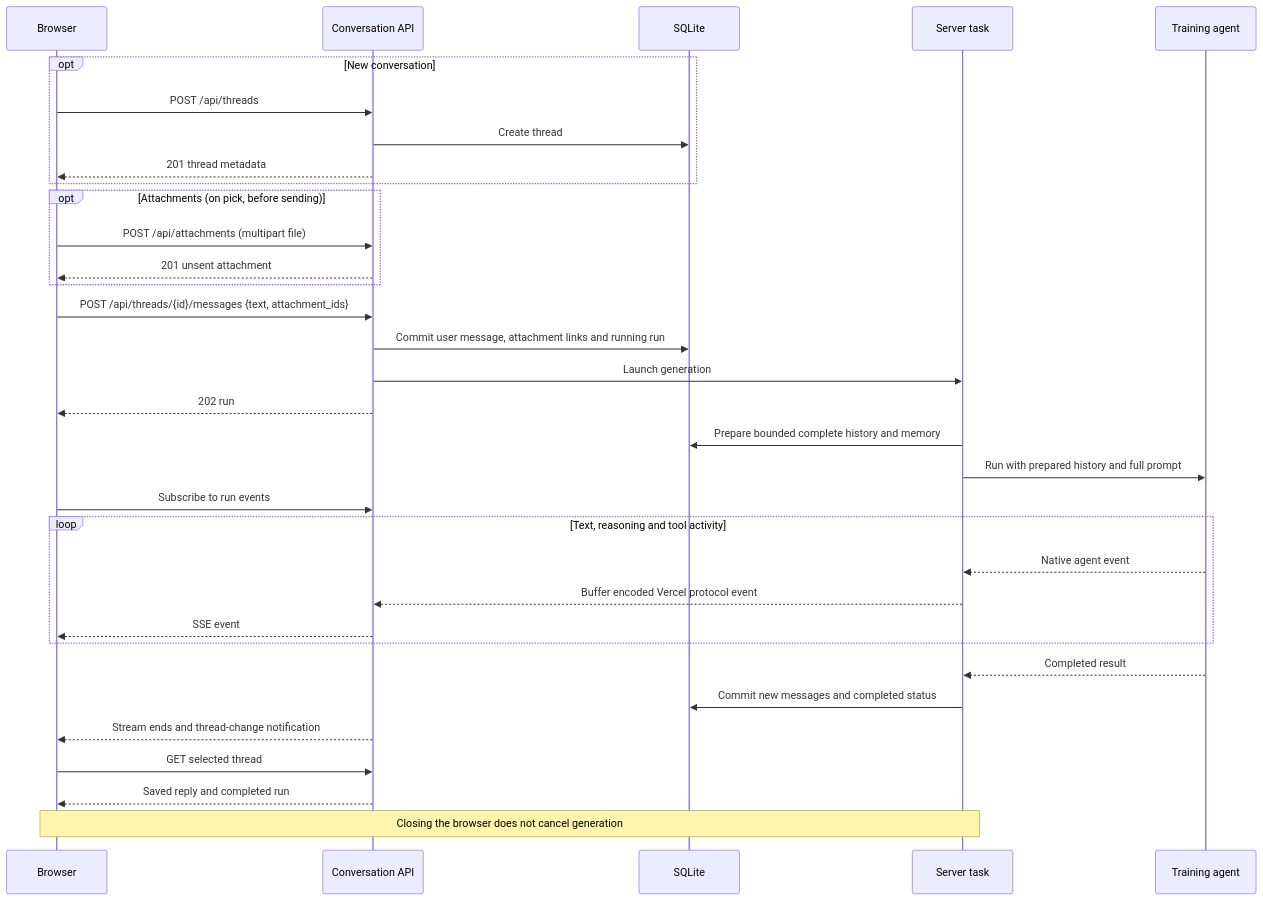
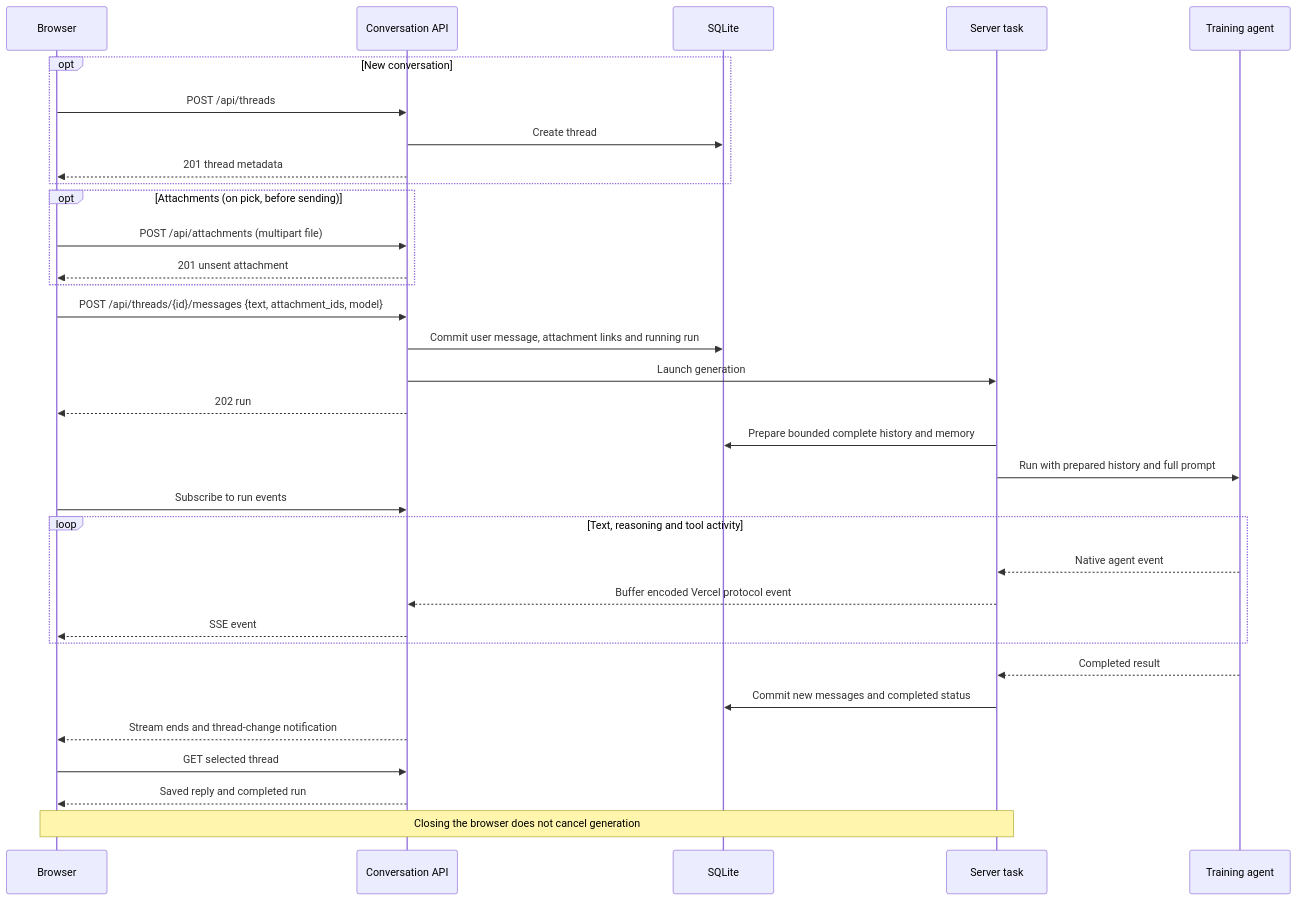
One commit to atorma/training-ai changed the diagram in docs/frontend-backend.md. Above: the diagram before and after it, drawn with Mermaid. The commit also changed other lines of this file and 31 other files, not shown here.

````diff
--- a/docs/frontend-backend.md
+++ b/docs/frontend-backend.md
@@ -9,36 +9,36 @@
 ```mermaid
 sequenceDiagram
     participant UI as Browser
     participant API as Conversation API
     participant DB as SQLite
     participant Task as Server task
     participant Agent as Training agent
 
     opt New conversation
         UI->>API: POST /api/threads
         API->>DB: Create thread
         API-->>UI: 201 thread metadata
     end
     opt Attachments (on pick, before sending)
         UI->>API: POST /api/attachments (multipart file)
         API-->>UI: 201 unsent attachment
     end
-    UI->>API: POST /api/threads/{id}/messages {text, attachment_ids}
+    UI->>API: POST /api/threads/{id}/messages {text, attachment_ids, model}
     API->>DB: Commit user message, attachment links and running run
     API->>Task: Launch generation
     API-->>UI: 202 run
     Task->>DB: Prepare bounded complete history and memory
     Task->>Agent: Run with prepared history and full prompt
     UI->>API: Subscribe to run events
     loop Text, reasoning and tool activity
         Agent-->>Task: Native agent event
         Task-->>API: Buffer encoded Vercel protocol event
         API-->>UI: SSE event
     end
     Agent-->>Task: Completed result
     Task->>DB: Commit new messages and completed status
     API-->>UI: Stream ends and thread-change notification
     UI->>API: GET selected thread
     API-->>UI: Saved reply and completed run
     Note over UI,Task: Closing the browser does not cancel generation
 ```
````
